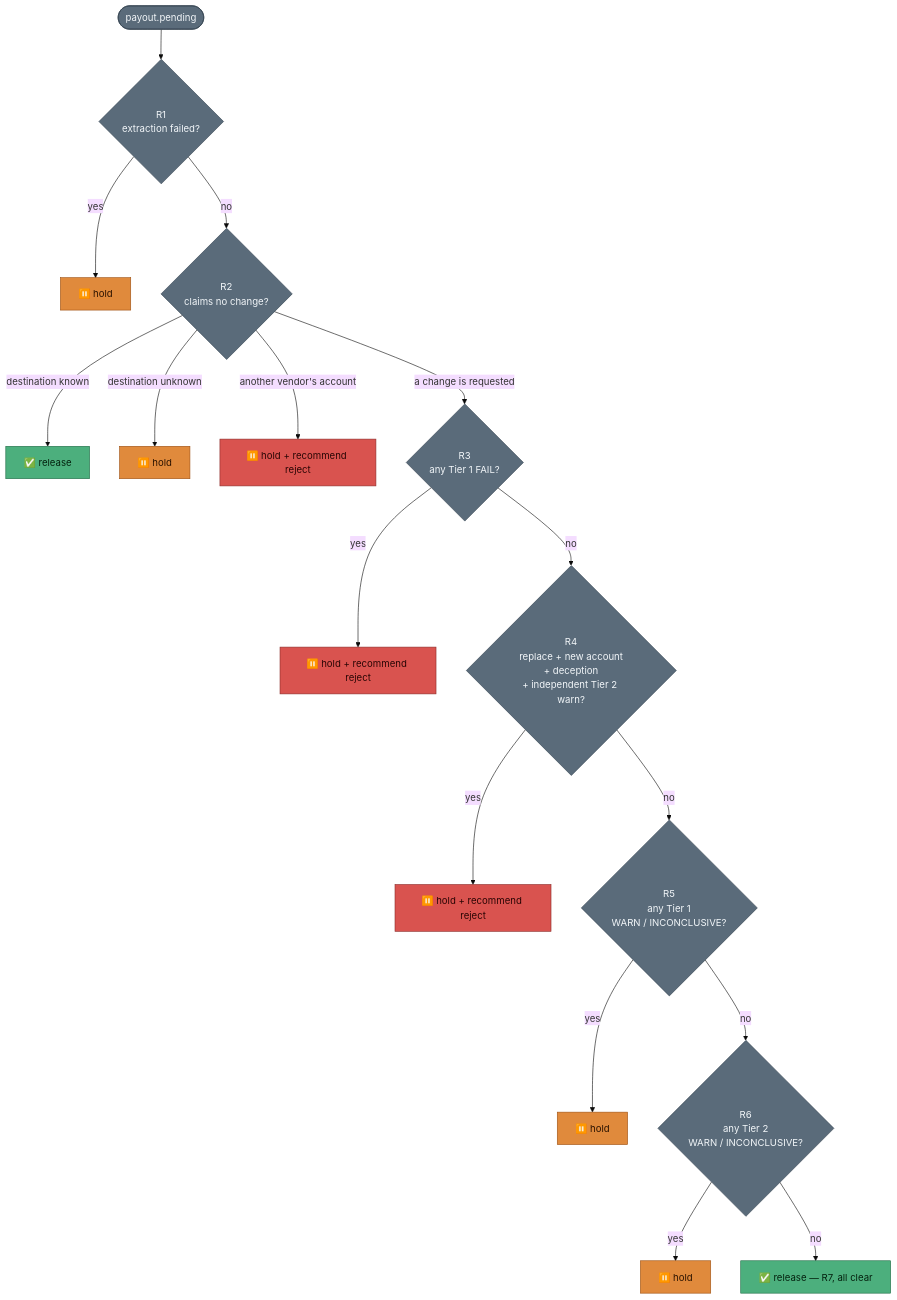
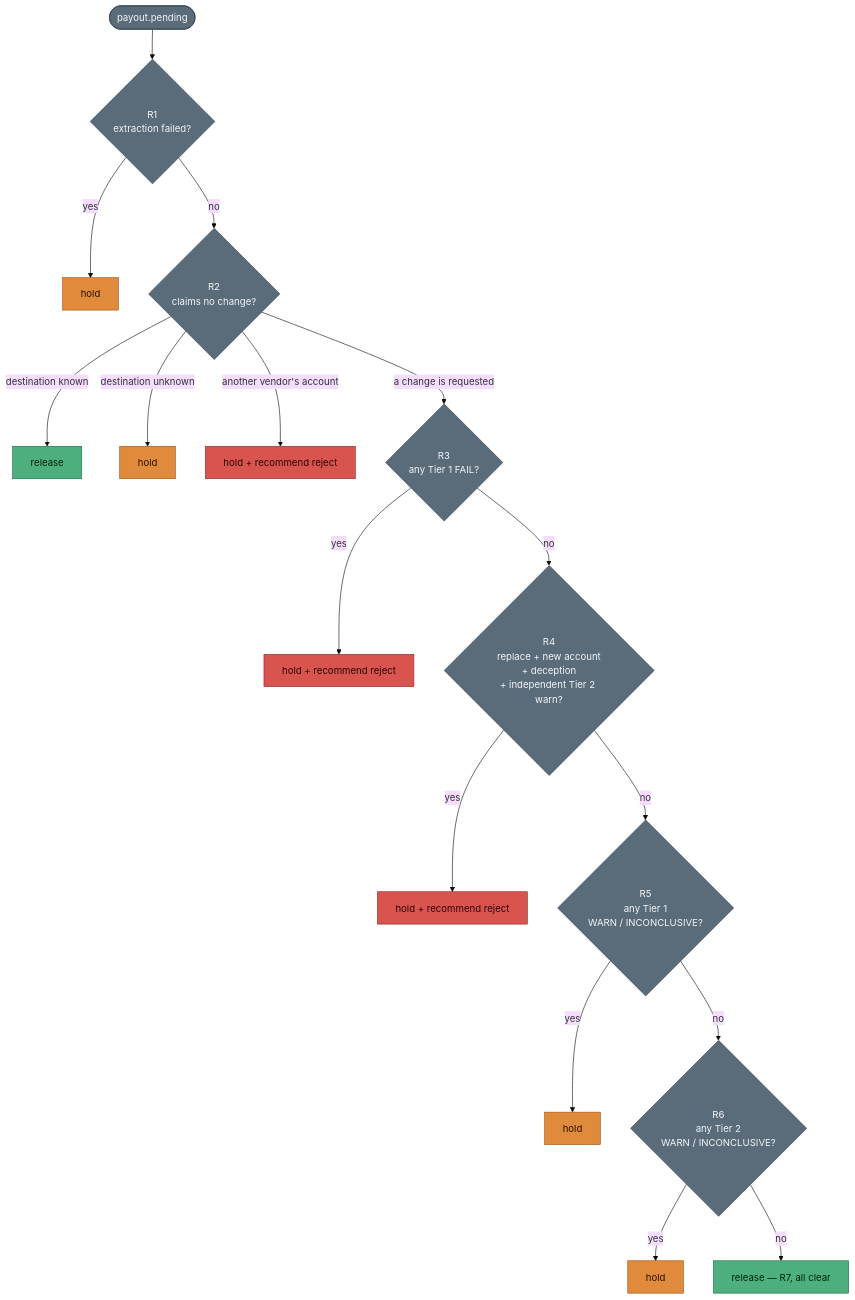
One commit to vidit-16/BaseDrift changed the second of 2 diagrams in RULEBOOK.md. Above: the diagram before and after it, drawn with Mermaid (base theme). The commit also changed other lines of this file and 9 other files, not shown here.

````diff
--- a/RULEBOOK.md
+++ b/RULEBOOK.md
@@ -211,27 +215,27 @@
 ```mermaid
 flowchart TD
     START(["payout.pending"]) --> R1{"R1<br/>extraction failed?"}
-    R1 -->|yes| HOLD1["⏸️ hold"]
+    R1 -->|yes| HOLD1["hold"]
     R1 -->|no| R2{"R2<br/>claims no change?"}
-    R2 -->|"destination known"| OK1["✅ release"]
-    R2 -->|"destination unknown"| HOLD2["⏸️ hold"]
-    R2 -->|"another vendor's account"| REJ1["⏸️ hold + recommend reject"]
+    R2 -->|"destination known"| OK1["release"]
+    R2 -->|"destination unknown"| HOLD2["hold"]
+    R2 -->|"another vendor's account"| REJ1["hold + recommend reject"]
     R2 -->|"a change is requested"| R3{"R3<br/>any Tier 1 FAIL?"}
-    R3 -->|yes| REJ2["⏸️ hold + recommend reject"]
+    R3 -->|yes| REJ2["hold + recommend reject"]
     R3 -->|no| R4{"R4<br/>replace + new account<br/>+ deception<br/>+ independent Tier 2 warn?"}
-    R4 -->|yes| REJ3["⏸️ hold + recommend reject"]
+    R4 -->|yes| REJ3["hold + recommend reject"]
     R4 -->|no| R5{"R5<br/>any Tier 1<br/>WARN / INCONCLUSIVE?"}
-    R5 -->|yes| HOLD3["⏸️ hold"]
+    R5 -->|yes| HOLD3["hold"]
     R5 -->|no| R6{"R6<br/>any Tier 2<br/>WARN / INCONCLUSIVE?"}
-    R6 -->|yes| HOLD4["⏸️ hold"]
-    R6 -->|no| OK2["✅ release — R7, all clear"]
+    R6 -->|yes| HOLD4["hold"]
+    R6 -->|no| OK2["release — R7, all clear"]
 
     classDef good fill:#4caf7d,stroke:#1f6b45,color:#04220f
     classDef hold fill:#e08a3c,stroke:#9c4f10,color:#2b1300
     classDef danger fill:#d9534f,stroke:#8b2b28,color:#2b0605
     classDef test fill:#5a6b7a,stroke:#31404d,color:#f2f6f9
     class OK1,OK2 good
     class HOLD1,HOLD2,HOLD3,HOLD4 hold
     class REJ1,REJ2,REJ3 danger
     class R1,R2,R3,R4,R5,R6,START test
 ```
````
